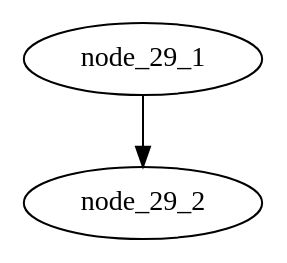
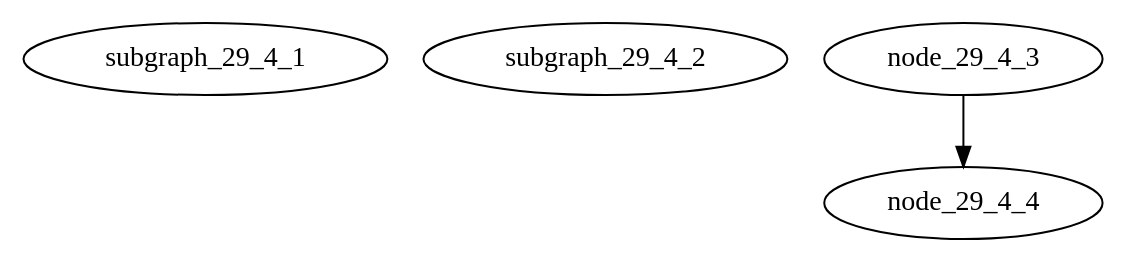
Before and after one commit to graphviz-perl/GraphViz2-Marpa: the diagram in data/29.4.gv, drawn with Graphviz. The commit also changed 4 other files, not shown here.

```diff
--- a/data/29.4.gv
+++ b/data/29.4.gv
@@ -1,10 +1,13 @@
-digraph graph_29
+digraph graph_29_4
 {
-	subgraph subgraph_29_1
+	subgraph_29_4_1
 	{
-		subgraph subgraph_29_2
+		subgraph_29_4_2
 		{
-			node_29_1 -> node_29_2
+			node_29_4_3
+			node_29_4_4
+
+			node_29_4_3 -> node_29_4_4
 		}
 	}
 }
```
